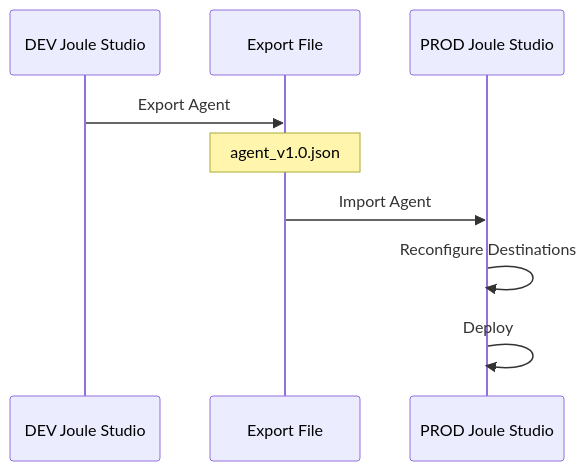
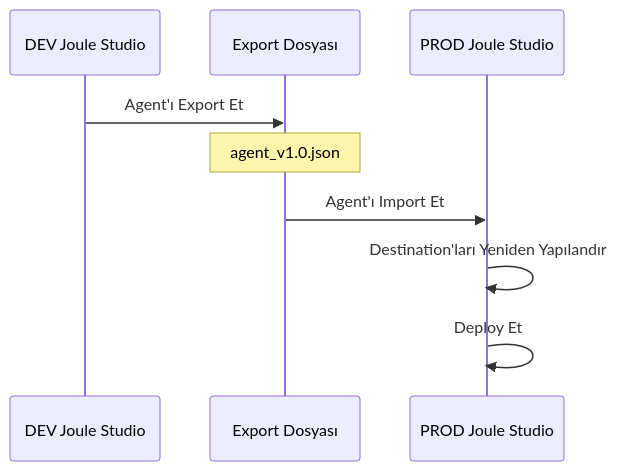
The second of 9 diagrams in Technical Tutorials/BTP/TR/chapters/11-agent-lifecycle.md (beyhanmeyrali/sap-all), drawn with Mermaid before and after one commit. The commit also changed other lines of this file and 11 other files, not shown here.

````diff
--- a/Technical Tutorials/BTP/TR/chapters/11-agent-lifecycle.md
+++ b/Technical Tutorials/BTP/TR/chapters/11-agent-lifecycle.md
@@ -60,12 +60,12 @@
 ```mermaid
 sequenceDiagram
     participant DEV as DEV Joule Studio
-    participant FILE as Export File
+    participant FILE as Export Dosyası
     participant PROD as PROD Joule Studio
 
-    DEV->>FILE: Export Agent
+    DEV->>FILE: Agent'ı Export Et
     Note over FILE: agent_v1.0.json
-    FILE->>PROD: Import Agent
-    PROD->>PROD: Reconfigure Destinations
-    PROD->>PROD: Deploy
+    FILE->>PROD: Agent'ı Import Et
+    PROD->>PROD: Destination'ları Yeniden Yapılandır
+    PROD->>PROD: Deploy Et
 ```
````
